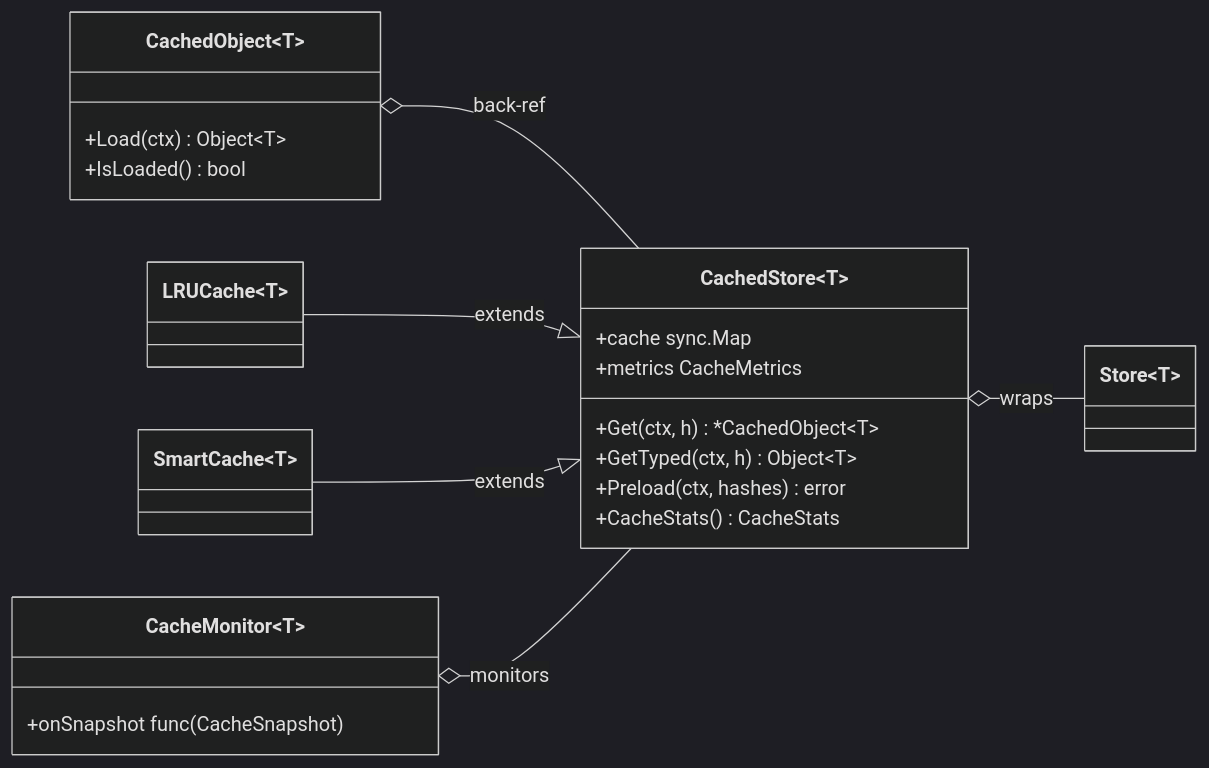
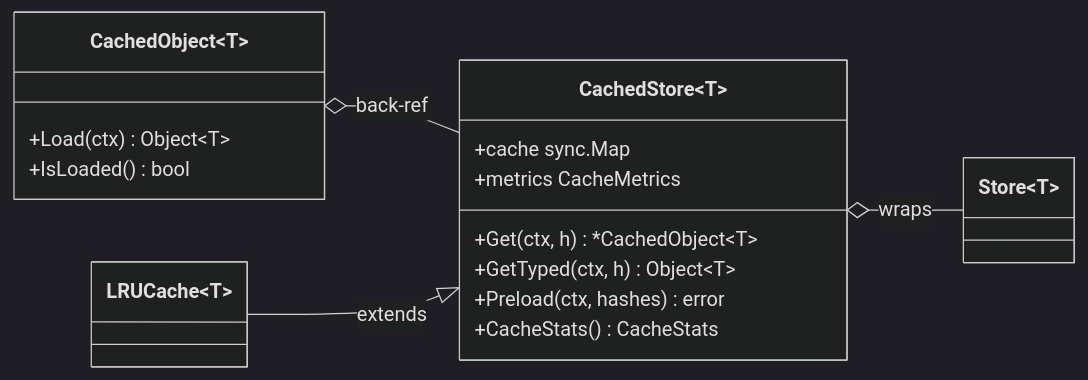
The third of 5 diagrams in .github/instructions/cas-core.instructions.md (dmundt/go-cask), drawn with Mermaid (dark theme) before and after one commit. The commit also changed other lines of this file and 17 other files, not shown here.

````diff
--- a/.github/instructions/cas-core.instructions.md
+++ b/.github/instructions/cas-core.instructions.md
@@ -236,27 +235,21 @@
 ```mermaid
 classDiagram
     direction LR
     class Store~T~
     class CachedObject~T~ {
         +Load(ctx) Object~T~
         +IsLoaded() bool
     }
     class CachedStore~T~ {
         +cache sync.Map
         +metrics CacheMetrics
         +Get(ctx, h) *CachedObject~T~
         +GetTyped(ctx, h) Object~T~
         +Preload(ctx, hashes) error
         +CacheStats() CacheStats
     }
     class LRUCache~T~
-    class SmartCache~T~
-    class CacheMonitor~T~ {
-        +onSnapshot func(CacheSnapshot)
-    }
     CachedStore~T~ o-- Store~T~ : wraps
     CachedObject~T~ o-- CachedStore~T~ : back-ref
     LRUCache~T~ --|> CachedStore~T~ : extends
-    SmartCache~T~ --|> CachedStore~T~ : extends
-    CacheMonitor~T~ o-- CachedStore~T~ : monitors
 ```
````
